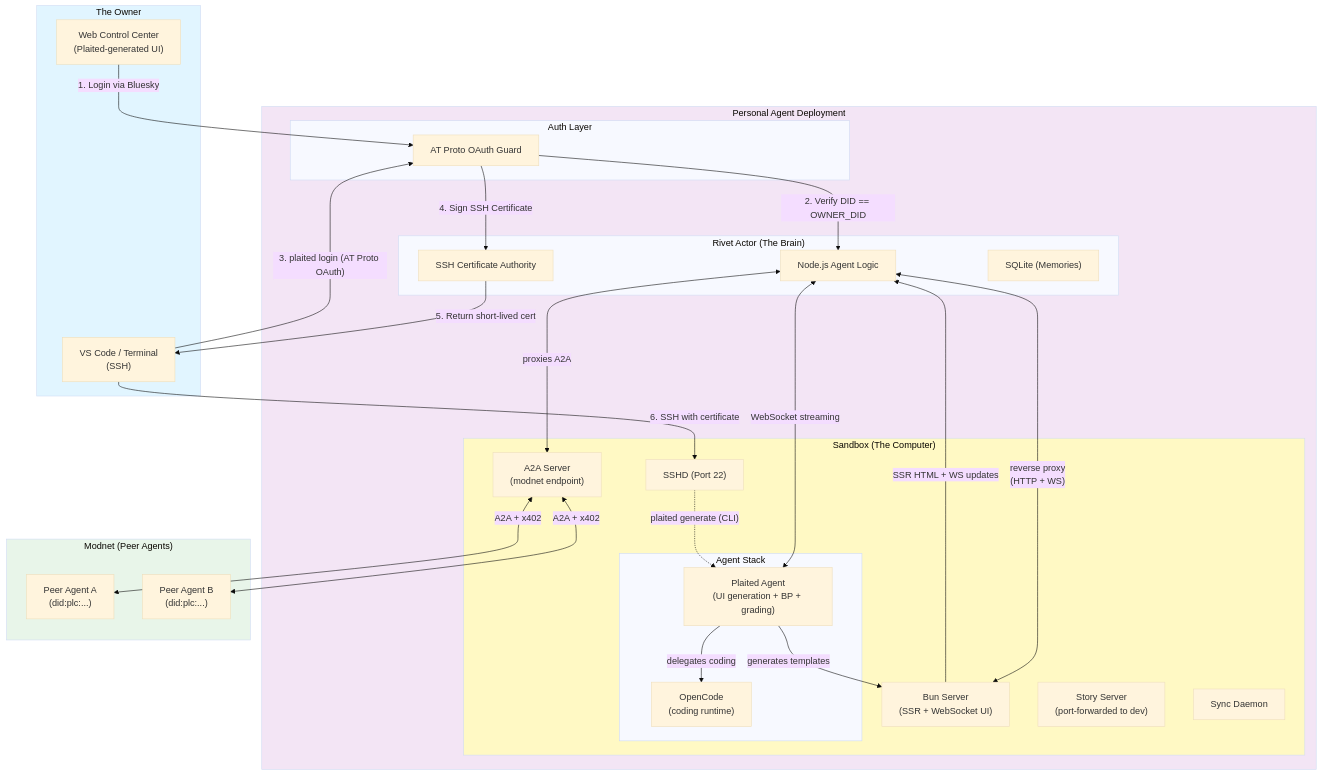
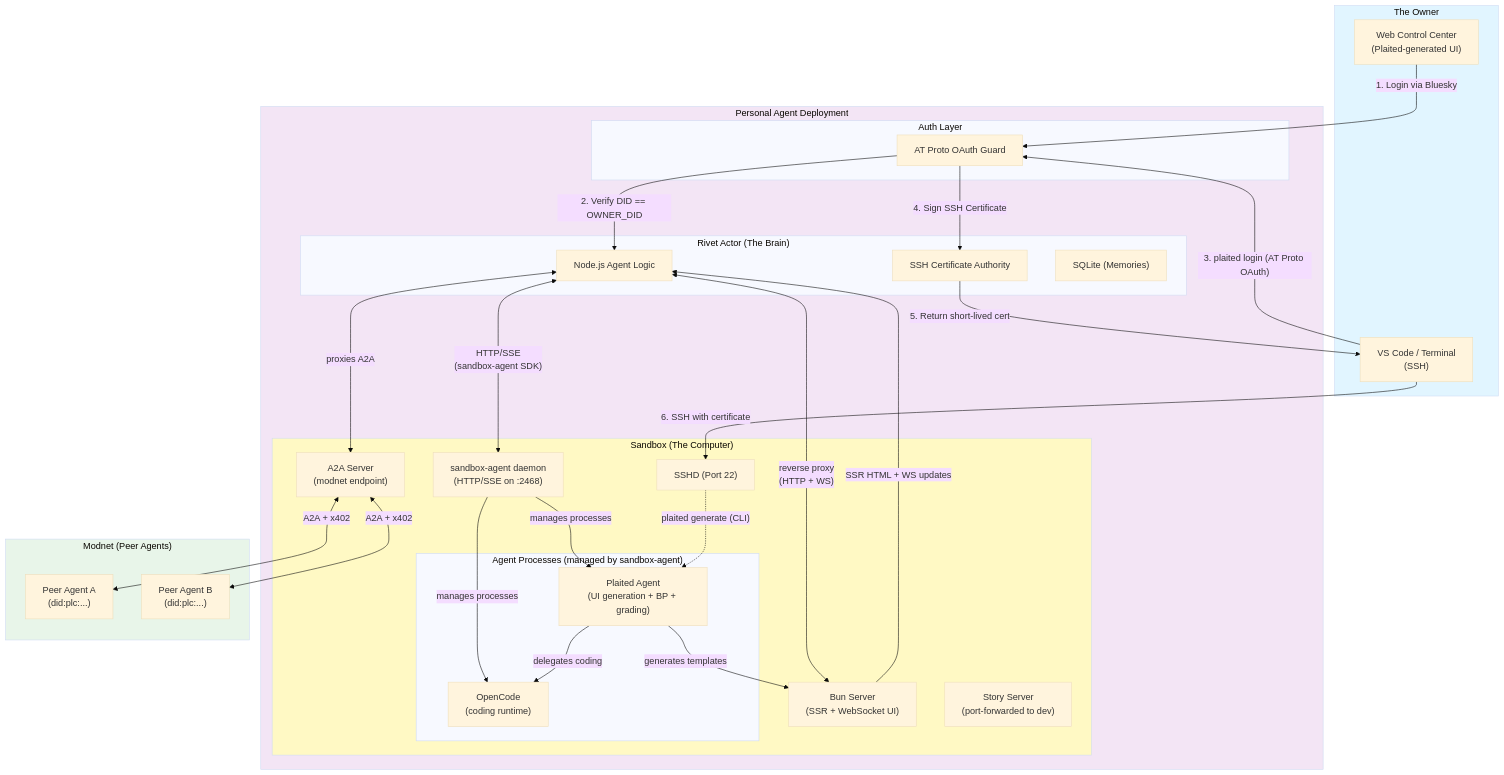
Before and after one commit to plaited/plaited: the first of 3 diagrams in BACKGROUND-AGENT-SYSTEM-DESIGN.md, drawn with Mermaid (base theme). The commit also changed other lines of this file, not shown here.

First line of the commit message:
docs(agent): integrate Sandbox Agent SDK as sandbox control layer

````diff
--- a/BACKGROUND-AGENT-SYSTEM-DESIGN.md
+++ b/BACKGROUND-AGENT-SYSTEM-DESIGN.md
@@ -39,71 +40,73 @@
 ```mermaid
 graph TB
     subgraph OWNER["The Owner"]
         Browser["Web Control Center<br/>(Plaited-generated UI)"]
         IDE["VS Code / Terminal<br/>(SSH)"]
     end
 
     subgraph PERSONAL_CLOUD["Personal Agent Deployment"]
 
         subgraph AUTH_LAYER["Auth Layer"]
             OAuth_Guard["AT Proto OAuth Guard"]
         end
 
         subgraph BRAIN["Rivet Actor (The Brain)"]
             Agent_Logic["Node.js Agent Logic"]
             SSH_CA["SSH Certificate Authority"]
             State_DB["SQLite (Memories)"]
         end
 
         subgraph MUSCLE["Sandbox (The Computer)"]
-            subgraph AGENTS["Agent Stack"]
+            SBAgent["sandbox-agent daemon<br/>(HTTP/SSE on :2468)"]
+            subgraph AGENTS["Agent Processes (managed by sandbox-agent)"]
                 PAgent["Plaited Agent<br/>(UI generation + BP + grading)"]
                 OpenCode["OpenCode<br/>(coding runtime)"]
             end
             BunServer["Bun Server<br/>(SSR + WebSocket UI)"]
             A2AEndpoint["A2A Server<br/>(modnet endpoint)"]
             StoryServer["Story Server<br/>(port-forwarded to dev)"]
             SSHD["SSHD (Port 22)"]
-            Sync["Sync Daemon"]
         end
     end
 
     subgraph MODNET["Modnet (Peer Agents)"]
         PeerA["Peer Agent A<br/>(did:plc:...)"]
         PeerB["Peer Agent B<br/>(did:plc:...)"]
     end
 
     %% Auth Flow
     Browser -->|"1. Login via Bluesky"| OAuth_Guard
     OAuth_Guard --"2. Verify DID == OWNER_DID"--> Agent_Logic
 
     %% CLI Login + SSH CA Flow
     IDE -->|"3. plaited login (AT Proto OAuth)"| OAuth_Guard
     OAuth_Guard --"4. Sign SSH Certificate"--> SSH_CA
     SSH_CA --"5. Return short-lived cert"--> IDE
 
-    %% Request Flow: Rivet → Plaited Agent → OpenCode
-    Agent_Logic <-->|"WebSocket streaming"| PAgent
+    %% Sandbox Agent SDK: Rivet Actor → sandbox-agent daemon
+    Agent_Logic <-->|"HTTP/SSE<br/>(sandbox-agent SDK)"| SBAgent
+    SBAgent -->|"manages processes"| PAgent
+    SBAgent -->|"manages processes"| OpenCode
     PAgent -->|"delegates coding"| OpenCode
 
     %% UI Delivery: Bun Server SSR + WebSocket
     Agent_Logic <-->|"reverse proxy<br/>(HTTP + WS)"| BunServer
     PAgent -->|"generates templates"| BunServer
     BunServer -->|"SSR HTML + WS updates"| Agent_Logic
 
     %% Modnet: A2A peer-to-peer
     Agent_Logic <-->|"proxies A2A"| A2AEndpoint
     A2AEndpoint <-->|"A2A + x402"| PeerA
     A2AEndpoint <-->|"A2A + x402"| PeerB
 
     %% Dev can also invoke Plaited Agent directly via CLI
     SSHD -.->|"plaited generate (CLI)"| PAgent
 
     %% SSH Flow (cert-based, no authorized_keys)
     IDE -->|"6. SSH with certificate"| SSHD
 
     style OWNER fill:#e1f5ff
     style PERSONAL_CLOUD fill:#f3e5f5
     style MUSCLE fill:#fff9c4
     style MODNET fill:#e8f5e9
 ```
````
